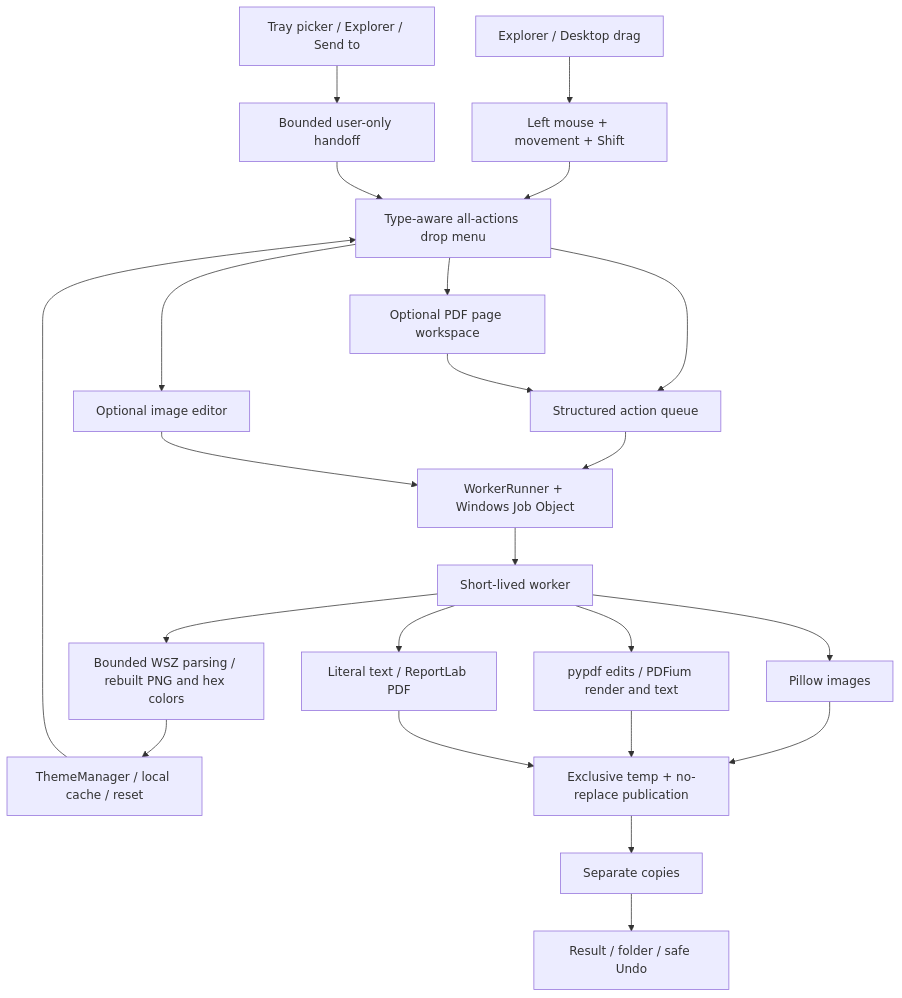
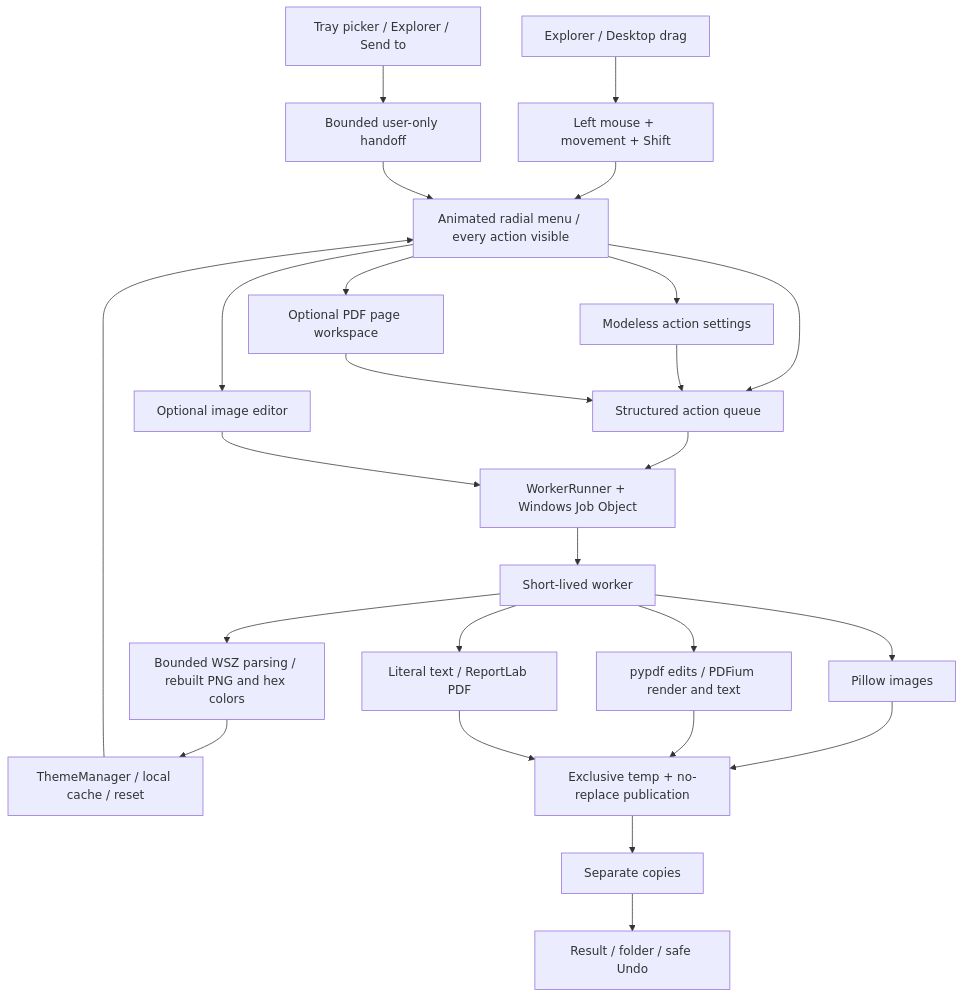
The diagram in docs/architecture.md (shishirrd/bitdeck), drawn with Mermaid before and after one commit. The commit also changed 19 other files, not shown here.

Commit message:
Restore a soft animated radial menu and smooth asynchronous action flow

````diff
--- a/docs/architecture.md
+++ b/docs/architecture.md
@@ -3,25 +3,27 @@
 ```mermaid
 flowchart TD
     Explorer[Explorer / Desktop drag] --> Trigger[Left mouse + movement + Shift]
-    Trigger --> Wheel[Type-aware all-actions drop menu]
+    Trigger --> Wheel[Animated radial menu / every action visible]
     Files[Tray picker / Explorer / Send to] --> Handoff[Bounded user-only handoff]
     Handoff --> Wheel
     Wheel --> Queue[Structured action queue]
+    Wheel --> Sheet[Modeless action settings]
+    Sheet --> Queue
     Wheel --> Editor[Optional image editor]
     Wheel --> Pages[Optional PDF page workspace]
     Pages --> Queue
     Queue --> Controller[WorkerRunner + Windows Job Object]
     Editor --> Controller
     Controller --> Worker[Short-lived worker]
     Worker --> Images[Pillow images]
     Worker --> PDF[pypdf edits / PDFium render and text]
     Worker --> Text[Literal text / ReportLab PDF]
     Worker --> Skin[Bounded WSZ parsing / rebuilt PNG and hex colors]
     Skin --> Themes[ThemeManager / local cache / reset]
     Themes --> Wheel
     Images --> Publish[Exclusive temp + no-replace publication]
     PDF --> Publish
     Text --> Publish
     Publish --> Outputs[Separate copies]
     Outputs --> Card[Result / folder / safe Undo]
 ```
````
